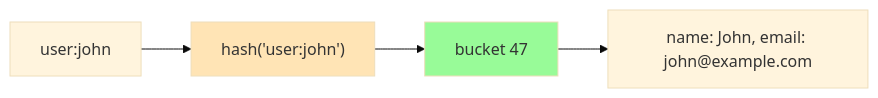
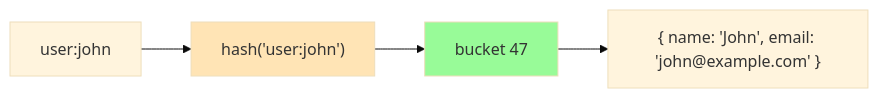
One commit to quanhua92/tutorials changed the second of 11 diagrams in the-engineers-playbook/tutorials/system-design-101/01-concepts-03-key-abstractions.md. Above: the diagram before and after it, drawn with Mermaid (base theme).

````diff
--- a/the-engineers-playbook/tutorials/system-design-101/01-concepts-03-key-abstractions.md
+++ b/the-engineers-playbook/tutorials/system-design-101/01-concepts-03-key-abstractions.md
@@ -56,9 +56,9 @@
 ```mermaid
 graph LR
     A[user:john] --> B["hash('user:john')"]
     B --> C[bucket 47]
-    C --> D[name: John, email: john@example.com]
+    C --> D["{ name: 'John', email: 'john@example.com' }"]
     
     style B fill:#FFE4B5
     style C fill:#98FB98
 ```
````
